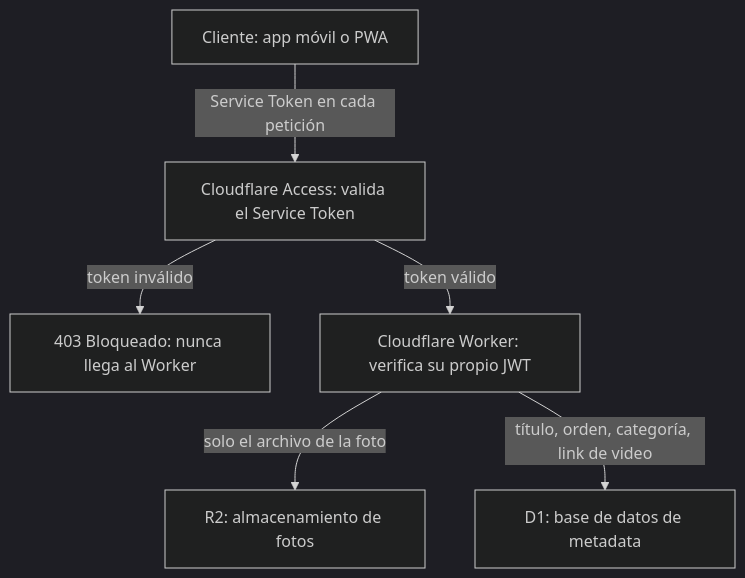
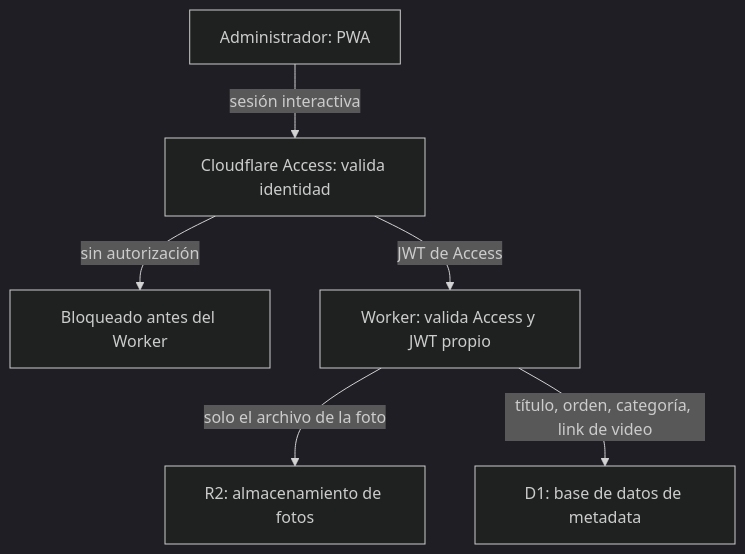
Before and after one commit to juanrmos/JAM-STACK: the first of 2 diagrams in Docs/02-arquitectura-y-despliegue.md, drawn with Mermaid (dark theme). The commit also changed other lines of this file and 167 other files, not shown here.

````diff
--- a/Docs/02-arquitectura-y-despliegue.md
+++ b/Docs/02-arquitectura-y-despliegue.md
@@ -11,8 +13,8 @@
 ```mermaid
 flowchart TD
-    A[Cliente: app móvil o PWA] -->|Service Token en cada petición| G[Cloudflare Access: valida el Service Token]
-    G -->|token inválido| X[403 Bloqueado: nunca llega al Worker]
-    G -->|token válido| B[Cloudflare Worker: verifica su propio JWT]
+    A[Administrador: PWA] -->|sesión interactiva| G[Cloudflare Access: valida identidad]
+    G -->|sin autorización| X[Bloqueado antes del Worker]
+    G -->|JWT de Access| B[Worker: valida Access y JWT propio]
     B -->|solo el archivo de la foto| C[R2: almacenamiento de fotos]
     B -->|título, orden, categoría, link de video| D[D1: base de datos de metadata]
 ```
````
